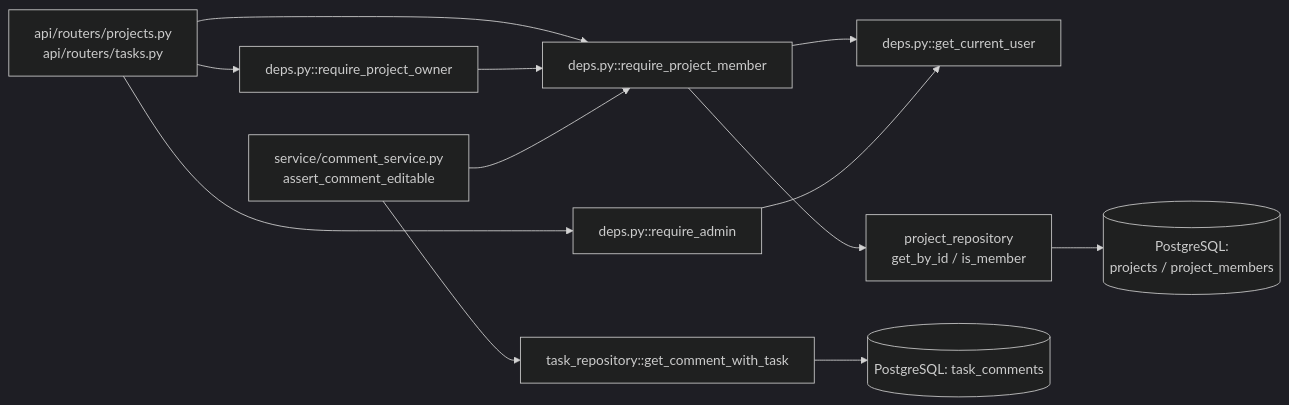
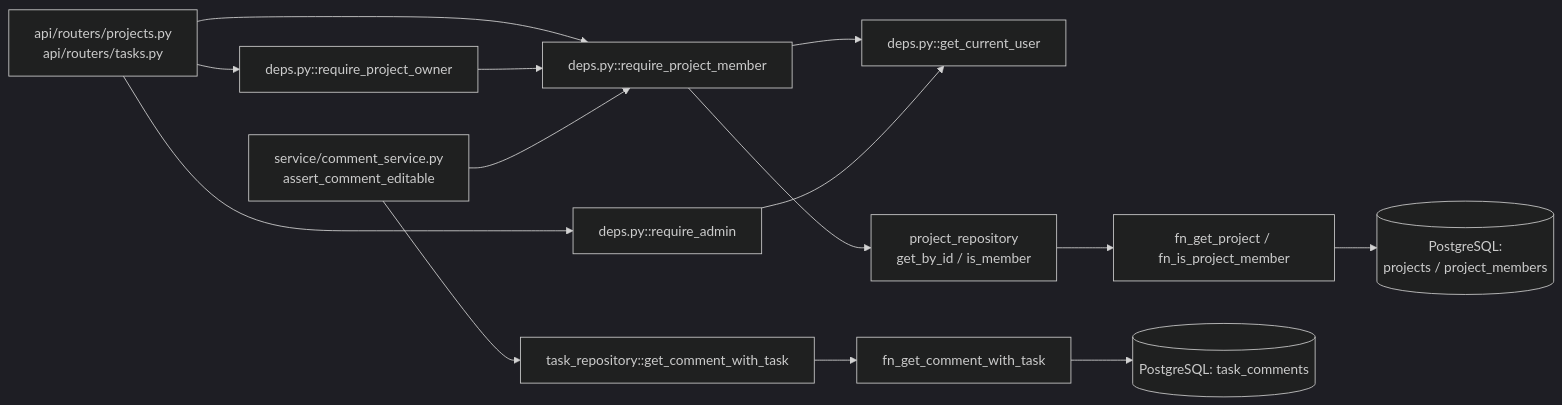
One commit to oikawa-d/task_management changed the fifth of 5 diagrams in detailed_design/auth/05_rbac.md. Above: the diagram before and after it, drawn with Mermaid (dark theme). The commit also changed other lines of this file and 58 other files, not shown here.

````diff
--- a/detailed_design/auth/05_rbac.md
+++ b/detailed_design/auth/05_rbac.md
@@ -218,17 +219,19 @@
 ```mermaid
 flowchart LR
     ROUTER["api/routers/projects.py<br/>api/routers/tasks.py"] --> DEP_MEMBER["deps.py::require_project_member"]
     ROUTER --> DEP_OWNER["deps.py::require_project_owner"]
     ROUTER --> DEP_ADMIN["deps.py::require_admin"]
 
     DEP_OWNER --> DEP_MEMBER
     DEP_MEMBER --> DEP_USER["deps.py::get_current_user"]
     DEP_ADMIN --> DEP_USER
 
     DEP_MEMBER --> PROJREPO["project_repository<br/>get_by_id / is_member"]
-    PROJREPO --> DB[("PostgreSQL:<br/>projects / project_members")]
+    PROJREPO --> FN["fn_get_project / fn_is_project_member"]
+    FN --> DB[("PostgreSQL:<br/>projects / project_members")]
 
     COMMENTSVC["service/comment_service.py<br/>assert_comment_editable"] --> DEP_MEMBER
     COMMENTSVC --> TASKREPO["task_repository::get_comment_with_task"]
-    TASKREPO --> DB2[("PostgreSQL: task_comments")]
+    TASKREPO --> FN2["fn_get_comment_with_task"]
+    FN2 --> DB2[("PostgreSQL: task_comments")]
 ```
````
